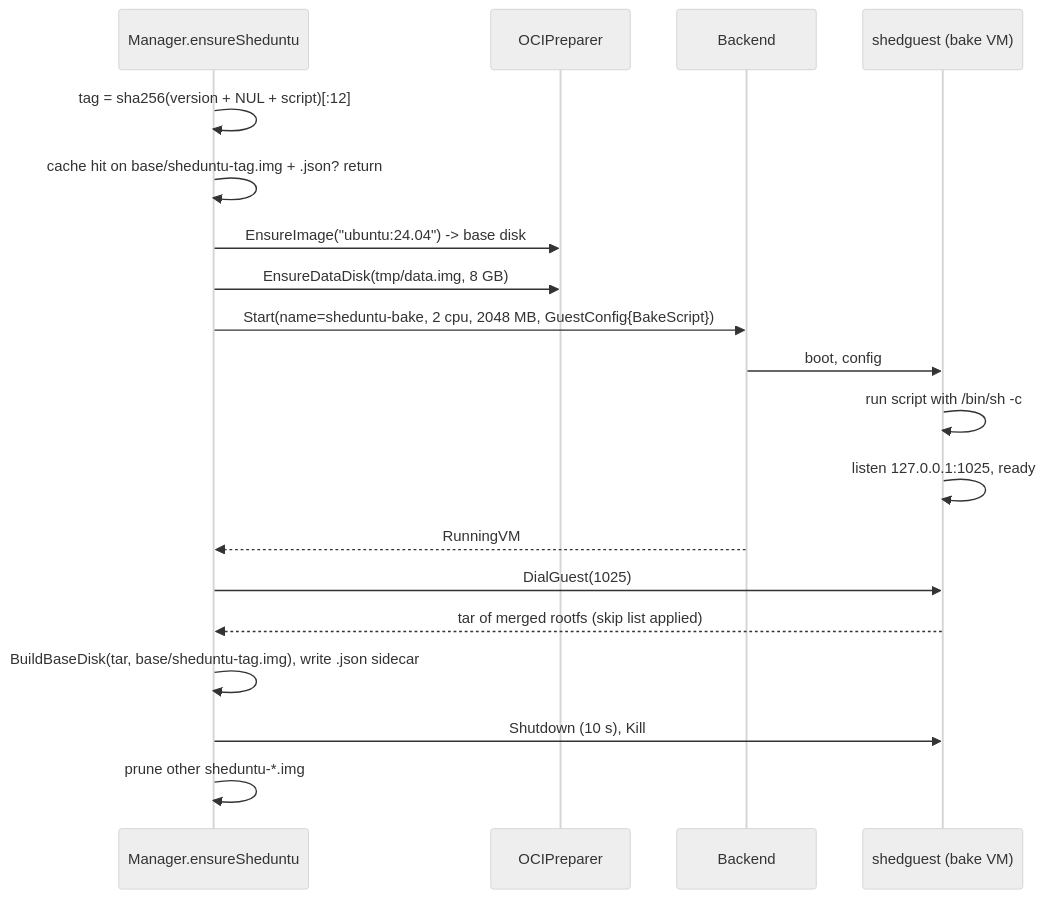
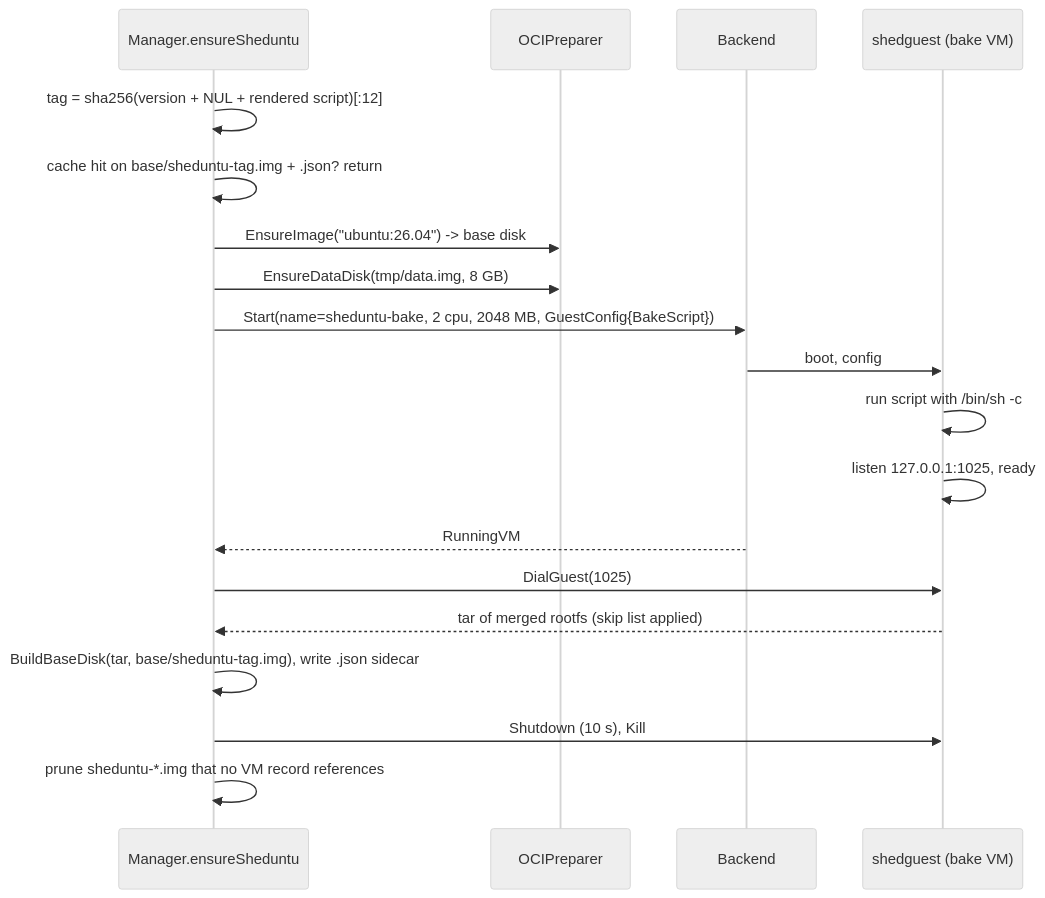
The diagram in docs/design/images-and-storage.md (fredrik/shed), drawn with Mermaid (neutral theme) before and after one commit. The commit also changed other lines of this file and 2 other files, not shown here.

First line of the commit message:
Update docs for base-disk pinning, Ubuntu 26.04 and baked Ghostty terminfo

````diff
--- a/docs/design/images-and-storage.md
+++ b/docs/design/images-and-storage.md
@@ -87,21 +85,21 @@
 ```mermaid
 sequenceDiagram
     participant M as Manager.ensureSheduntu
     participant P as OCIPreparer
     participant B as Backend
     participant A as shedguest (bake VM)
-    M->>M: tag = sha256(version + NUL + script)[:12]
+    M->>M: tag = sha256(version + NUL + rendered script)[:12]
     M->>M: cache hit on base/sheduntu-tag.img + .json? return
-    M->>P: EnsureImage("ubuntu:24.04") -> base disk
+    M->>P: EnsureImage("ubuntu:26.04") -> base disk
     M->>P: EnsureDataDisk(tmp/data.img, 8 GB)
     M->>B: Start(name=sheduntu-bake, 2 cpu, 2048 MB, GuestConfig{BakeScript})
     B->>A: boot, config
     A->>A: run script with /bin/sh -c
     A->>A: listen 127.0.0.1:1025, ready
     B-->>M: RunningVM
     M->>A: DialGuest(1025)
     A-->>M: tar of merged rootfs (skip list applied)
     M->>M: BuildBaseDisk(tar, base/sheduntu-tag.img), write .json sidecar
     M->>A: Shutdown (10 s), Kill
-    M->>M: prune other sheduntu-*.img
+    M->>M: prune sheduntu-*.img that no VM record references
 ```
````
